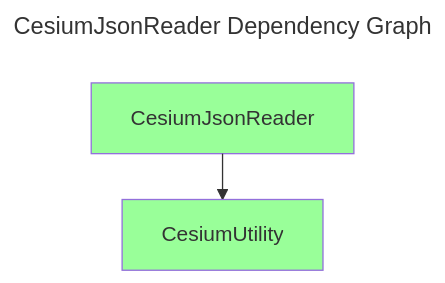
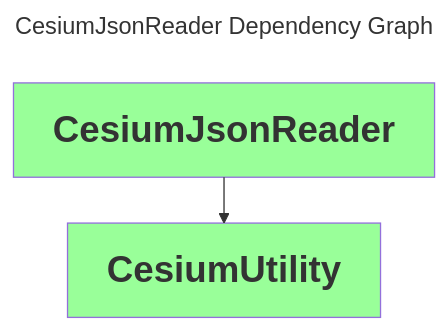
One commit to CesiumGS/cesium-native changed the diagram in doc/diagrams/dependencies/CesiumJsonReader.mmd. Above: the diagram before and after it, drawn with Mermaid. The commit also changed 24 other files, not shown here.

```diff
--- a/doc/diagrams/dependencies/CesiumJsonReader.mmd
+++ b/doc/diagrams/dependencies/CesiumJsonReader.mmd
@@ -1,11 +1,11 @@
 ---
 comment: This file was generated by dep-graph-gen. DO NOT EDIT THIS FILE!
 config:
   layout: elk
 title: CesiumJsonReader Dependency Graph
 ---
 graph TD
-  classDef dependencyNode fill:#fff,stroke:#ccc,color:#666
-  classDef libraryNode fill:#9f9
+  classDef dependencyNode fill:#fff,stroke:#ccc,color:#666,font-weight:bold,font-size:28px
+  classDef libraryNode fill:#9f9,font-weight:bold,font-size:28px
   CesiumJsonReader[CesiumJsonReader] --> CesiumUtility[CesiumUtility]
   class CesiumUtility,CesiumJsonReader libraryNode
```
